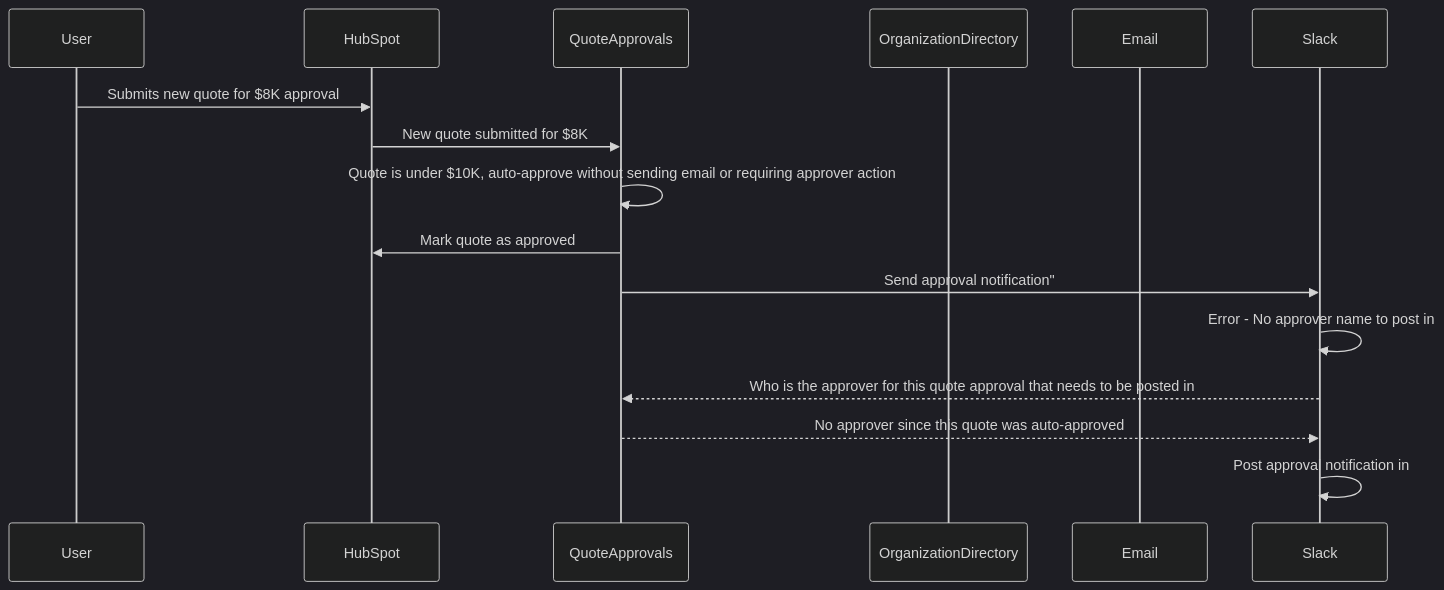
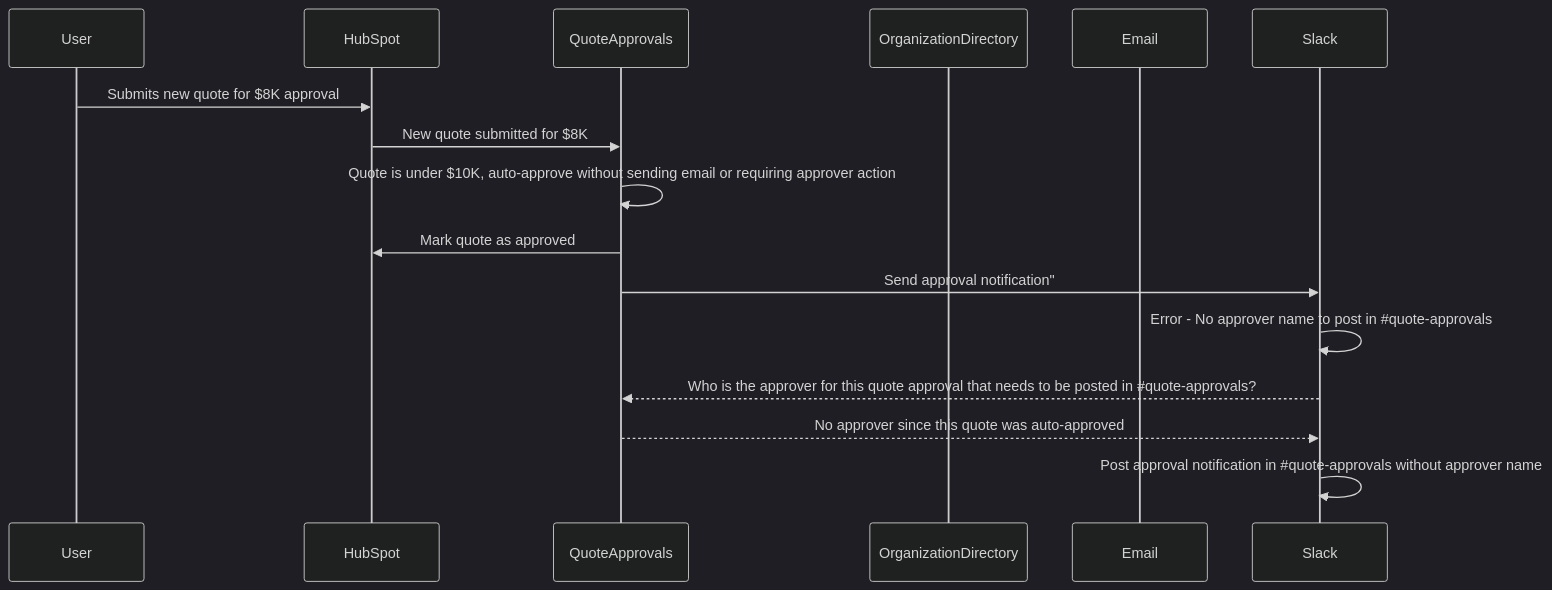
The fourth of 10 diagrams in examples/deal-desk-manage-hubspot-quote-approvals-slack.md (asafam/programmable-online-llm-objects), drawn with Mermaid (dark theme) before and after one commit. The commit also changed other lines of this file, not shown here.

Commit message:
Highlight

````diff
--- a/examples/deal-desk-manage-hubspot-quote-approvals-slack.md
+++ b/examples/deal-desk-manage-hubspot-quote-approvals-slack.md
@@ -100,19 +100,19 @@
 ```mermaid
 sequenceDiagram
   participant User
   participant HubSpot
   participant QuoteApprovals
   participant OrganizationDirectory
   participant Email
   participant Slack
 
   User->>HubSpot: Submits new quote for $8K approval
   HubSpot->>QuoteApprovals: New quote submitted for $8K
   QuoteApprovals->>QuoteApprovals: Quote is under $10K, auto-approve without sending email or requiring approver action
   QuoteApprovals->>HubSpot: Mark quote as approved
   QuoteApprovals->>Slack: Send approval notification"
-  Slack->>Slack: Error - No approver name to post in #quote-approvals
-  Slack-->>QuoteApprovals: Who is the approver for this quote approval that needs to be posted in #quote-approvals?
+  Slack->>Slack: Error - No approver name to post in #35;quote-approvals
+  Slack-->>QuoteApprovals: Who is the approver for this quote approval that needs to be posted in #35;quote-approvals?
   QuoteApprovals-->>Slack: No approver since this quote was auto-approved
-  Slack->>Slack: Post approval notification in #quote-approvals without approver name
+  Slack->>Slack: Post approval notification in #35;quote-approvals without approver name
 ```
````
